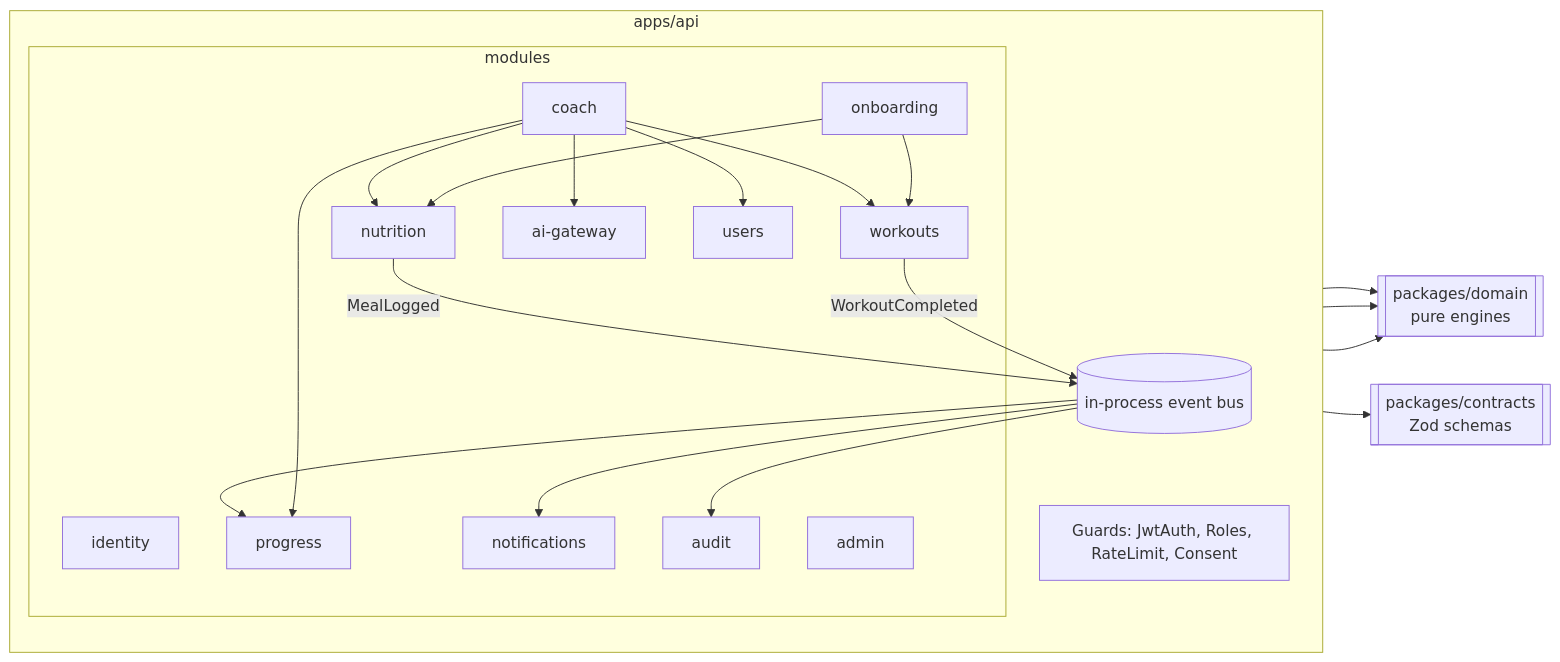
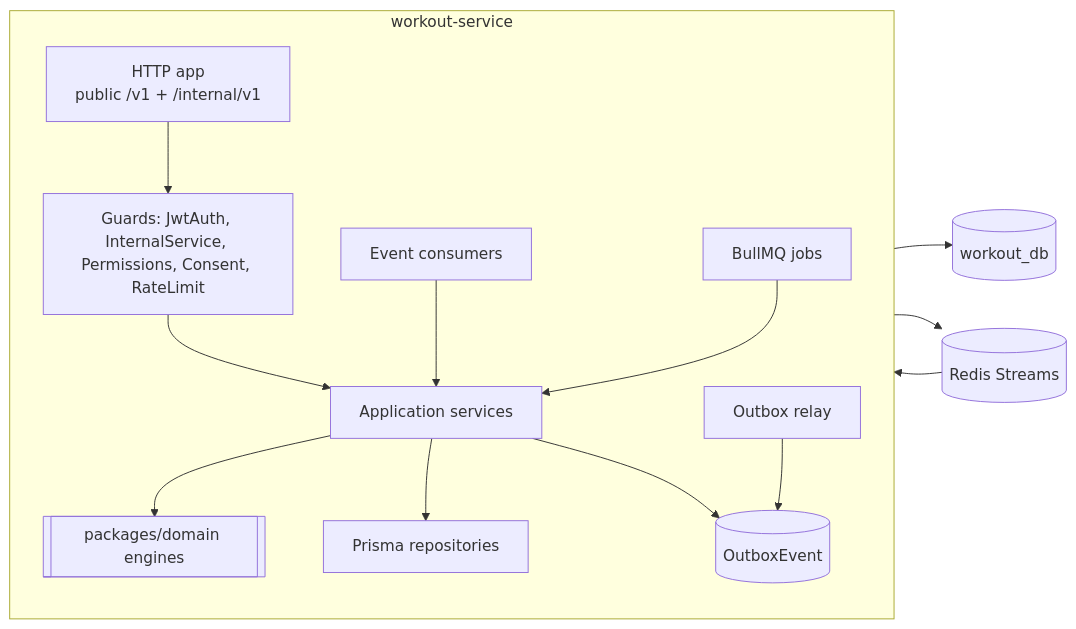
Before and after one commit to master-node1/theauracoach: the second of 3 diagrams in docs/architecture/architecture-diagrams.md, drawn with Mermaid. The commit also changed other lines of this file and 37 other files, not shown here.

````diff
--- a/docs/architecture/architecture-diagrams.md
+++ b/docs/architecture/architecture-diagrams.md
@@ -52,33 +53,23 @@
 ```mermaid
 flowchart LR
-  subgraph api[apps/api]
+  subgraph svc[workout-service]
     direction TB
-    g[Guards: JwtAuth, Roles, RateLimit, Consent]
-    subgraph modules
-      id[identity]
-      us[users]
-      on[onboarding]
-      wo[workouts]
-      nu[nutrition]
-      pr[progress]
-      co[coach]
-      ag[ai-gateway]
-      no[notifications]
-      ad[admin]
-      au[audit]
-    end
-    bus[(in-process event bus)]
+    http[HTTP app<br/>public /v1 + /internal/v1]
+    g[Guards: JwtAuth, InternalService, Permissions, Consent, RateLimit]
+    app[Application services]
+    eng[[packages/domain engines]]
+    repo[Prisma repositories]
+    ob[(OutboxEvent)]
+    relay[Outbox relay]
+    cons[Event consumers]
+    jobs[BullMQ jobs]
   end
-  dom[[packages/domain<br/>pure engines]]
-  con[[packages/contracts<br/>Zod schemas]]
-  on --> wo & nu
-  co --> ag
-  co --> wo & nu & pr & us
-  wo --> dom
-  nu --> dom
-  pr --> dom
-  modules --> con
-  wo -- WorkoutCompleted --> bus
-  nu -- MealLogged --> bus
-  bus --> pr & no & au
+  http --> g --> app
+  app --> eng
+  app --> repo --> db[(workout_db)]
+  app --> ob
+  relay --> ob
+  relay --> bus[(Redis Streams)]
+  bus --> cons --> app
+  jobs --> app
 ```
````
